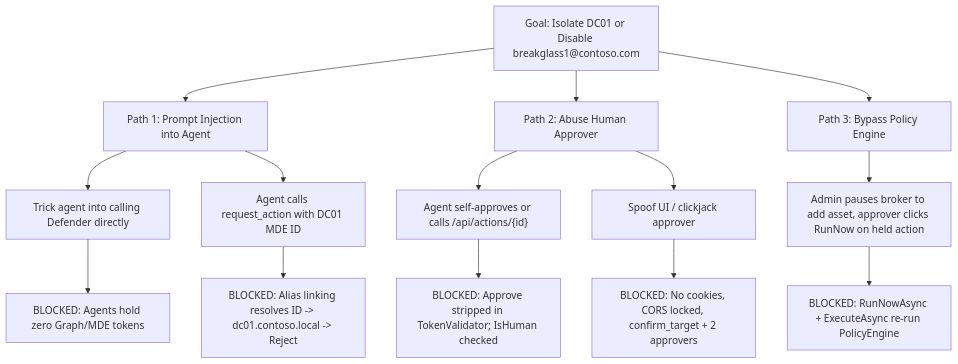
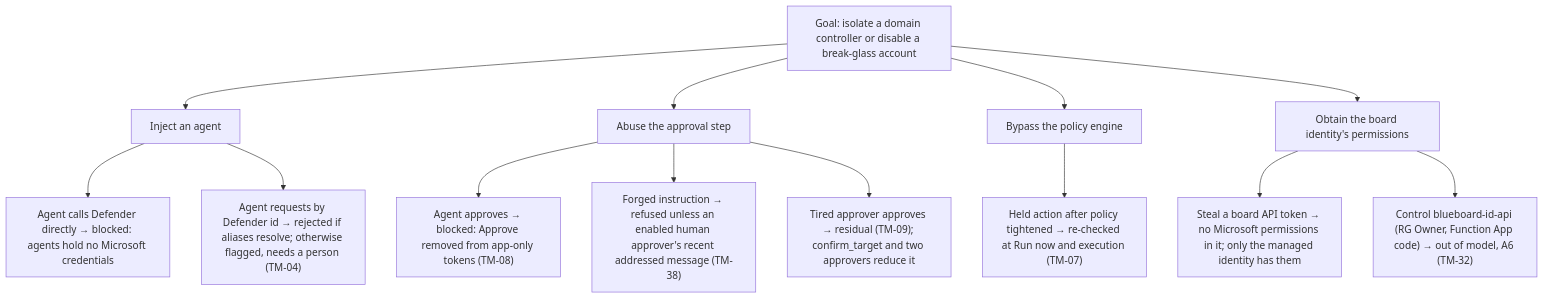
The third of 4 diagrams in docs/THREAT-MODEL.md (jusso-dev/blueboard), drawn with Mermaid before and after one commit. The commit also changed other lines of this file and 38 other files, not shown here.

````diff
--- a/docs/THREAT-MODEL.md
+++ b/docs/THREAT-MODEL.md
@@ -145,19 +268,15 @@
 ```mermaid
 flowchart TD
-  G["Goal: Isolate DC01 or Disable breakglass1@contoso.com"] --> P1["Path 1: Prompt Injection into Agent"]
-  G --> P2["Path 2: Abuse Human Approver"]
-  G --> P3["Path 3: Bypass Policy Engine"]
-
-  P1 --> P1A["Trick agent into calling Defender directly"]
-  P1A --> M1A["BLOCKED: Agents hold zero Graph/MDE tokens"]
-  P1 --> P1B["Agent calls request_action with DC01 MDE ID"]
-  P1B --> M1B["BLOCKED: Alias linking resolves ID -> dc01.contoso.local -> Reject"]
-
-  P2 --> P2A["Agent self-approves or calls /api/actions/{id}"]
-  P2A --> M2A["BLOCKED: Approve stripped in TokenValidator; IsHuman checked"]
-  P2 --> P2B["Spoof UI / clickjack approver"]
-  P2B --> M2B["BLOCKED: No cookies, CORS locked, confirm_target + 2 approvers"]
-
-  P3 --> P3A["Admin pauses broker to add asset, approver clicks RunNow on held action"]
-  P3A --> M3A["BLOCKED: RunNowAsync + ExecuteAsync re-run PolicyEngine"]
+  G["Goal: isolate a domain controller or disable a break-glass account"] --> P1["Inject an agent"]
+  G --> P2["Abuse the approval step"]
+  G --> P3["Bypass the policy engine"]
+  G --> P4["Obtain the board identity's permissions"]
+  P1 --> P1a["Agent calls Defender directly → blocked: agents hold no Microsoft credentials"]
+  P1 --> P1b["Agent requests by Defender id → rejected if aliases resolve; otherwise flagged, needs a person (TM-04)"]
+  P2 --> P2a["Agent approves → blocked: Approve removed from app-only tokens (TM-08)"]
+  P2 --> P2b["Forged instruction → refused unless an enabled human approver's recent addressed message (TM-38)"]
+  P2 --> P2c["Tired approver approves → residual (TM-09); confirm_target and two approvers reduce it"]
+  P3 --> P3a["Held action after policy tightened → re-checked at Run now and execution (TM-07)"]
+  P4 --> P4a["Steal a board API token → no Microsoft permissions in it; only the managed identity has them"]
+  P4 --> P4b["Control blueboard-id-api (RG Owner, Function App code) → out of model, A6 (TM-32)"]
 ```
````
